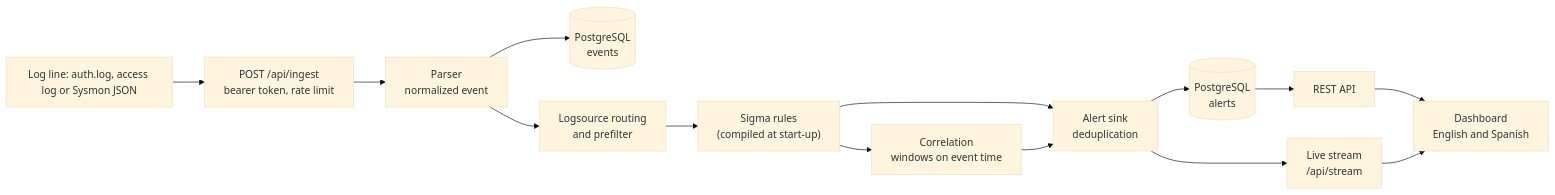
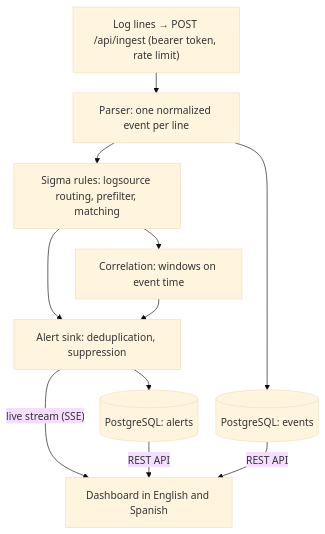
The diagram in README.md (DavidRamPari/centinela), drawn with Mermaid (base theme) before and after one commit. The commit also changed 1 other file, not shown here.

Commit message:
docs(readme): a diagram that stays legible at GitHub's page width
The left-to-right flowchart was ten steps wide, so GitHub would shrink its
text; top to bottom with tighter spacing it renders at 413 x 788 px.

````diff
--- a/README.md
+++ b/README.md
@@ -41,16 +41,15 @@
 ```mermaid
-flowchart LR
-  L["Log line: auth.log, access log or Sysmon JSON"] --> I["POST /api/ingest<br/>bearer token, rate limit"]
-  I --> P["Parser<br/>normalized event"]
-  P --> E[("PostgreSQL<br/>events")]
-  P --> R["Logsource routing<br/>and prefilter"]
-  R --> S["Sigma rules<br/>(compiled at start-up)"]
-  S --> C["Correlation<br/>windows on event time"]
-  S --> A["Alert sink<br/>deduplication"]
+%%{init: {"flowchart": {"rankSpacing": 32, "nodeSpacing": 28}}}%%
+flowchart TB
+  I["Log lines → POST /api/ingest (bearer token, rate limit)"]
+  I --> P["Parser: one normalized event per line"]
+  P --> E[("PostgreSQL: events")]
+  P --> S["Sigma rules: logsource routing, prefilter, matching"]
+  S --> C["Correlation: windows on event time"]
+  S --> A["Alert sink: deduplication, suppression"]
   C --> A
-  A --> DB[("PostgreSQL<br/>alerts")]
-  A --> SSE["Live stream<br/>/api/stream"]
-  DB --> API["REST API"]
-  API --> UI["Dashboard<br/>English and Spanish"]
-  SSE --> UI
+  A --> DB[("PostgreSQL: alerts")]
+  A -->|"live stream (SSE)"| UI["Dashboard in English and Spanish"]
+  DB -->|REST API| UI
+  E -->|REST API| UI
 ```
````
